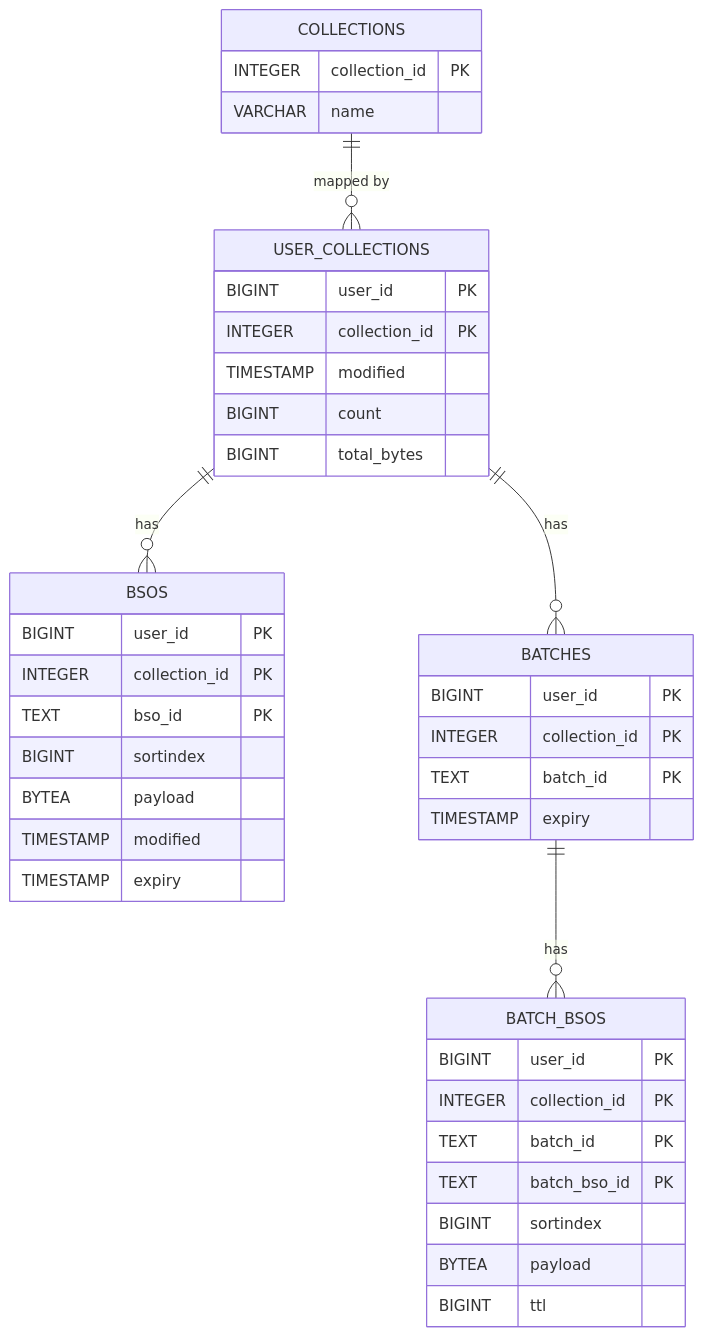
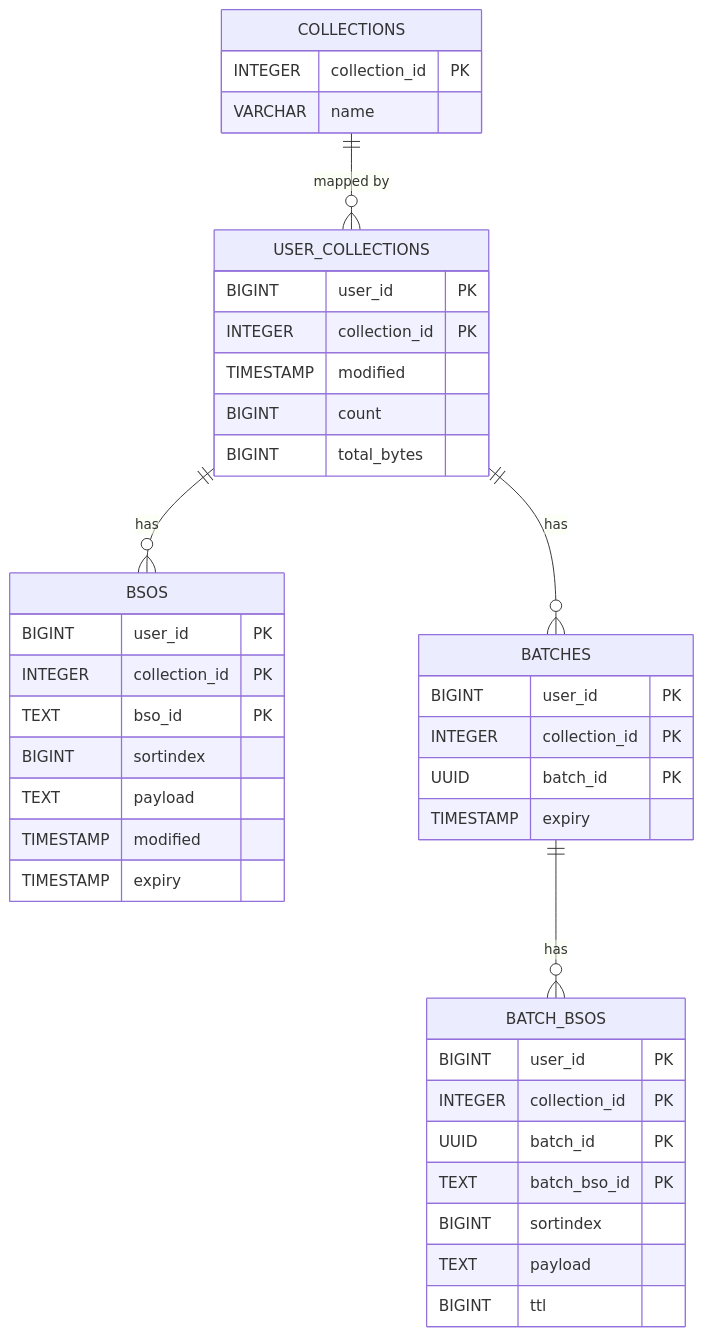
Before and after one commit to mozilla-services/syncstorage-rs: the diagram in syncstorage-postgres/syncstorage_postgres_db.md, drawn with Mermaid. The commit also changed other lines of this file and 1 other file, not shown here.

Commit message:
Update doc and types to match latest Postgres schema

````diff
--- a/syncstorage-postgres/syncstorage_postgres_db.md
+++ b/syncstorage-postgres/syncstorage_postgres_db.md
@@ -87,47 +87,47 @@
 ```mermaid
 erDiagram
     USER_COLLECTIONS {
         BIGINT user_id PK
         INTEGER collection_id PK
         TIMESTAMP modified
         BIGINT count
         BIGINT total_bytes
     }
 
     COLLECTIONS {
         INTEGER collection_id PK
         VARCHAR name
     }
 
     BSOS {
         BIGINT user_id PK
         INTEGER collection_id PK
         TEXT bso_id PK
         BIGINT sortindex
-        BYTEA payload
+        TEXT payload
         TIMESTAMP modified
         TIMESTAMP expiry
     }
 
     BATCHES {
         BIGINT user_id PK
         INTEGER collection_id PK
-        TEXT batch_id PK
+        UUID batch_id PK
         TIMESTAMP expiry
     }
 
     BATCH_BSOS {
         BIGINT user_id PK
         INTEGER collection_id PK
-        TEXT batch_id PK
+        UUID batch_id PK
         TEXT batch_bso_id PK
         BIGINT sortindex
-        BYTEA payload
+        TEXT payload
         BIGINT ttl
     }
 
     USER_COLLECTIONS ||--o{ BSOS : "has"
     USER_COLLECTIONS ||--o{ BATCHES : "has"
     BATCHES ||--o{ BATCH_BSOS : "has"
     COLLECTIONS ||--o{ USER_COLLECTIONS : "mapped by"
 ```
````
